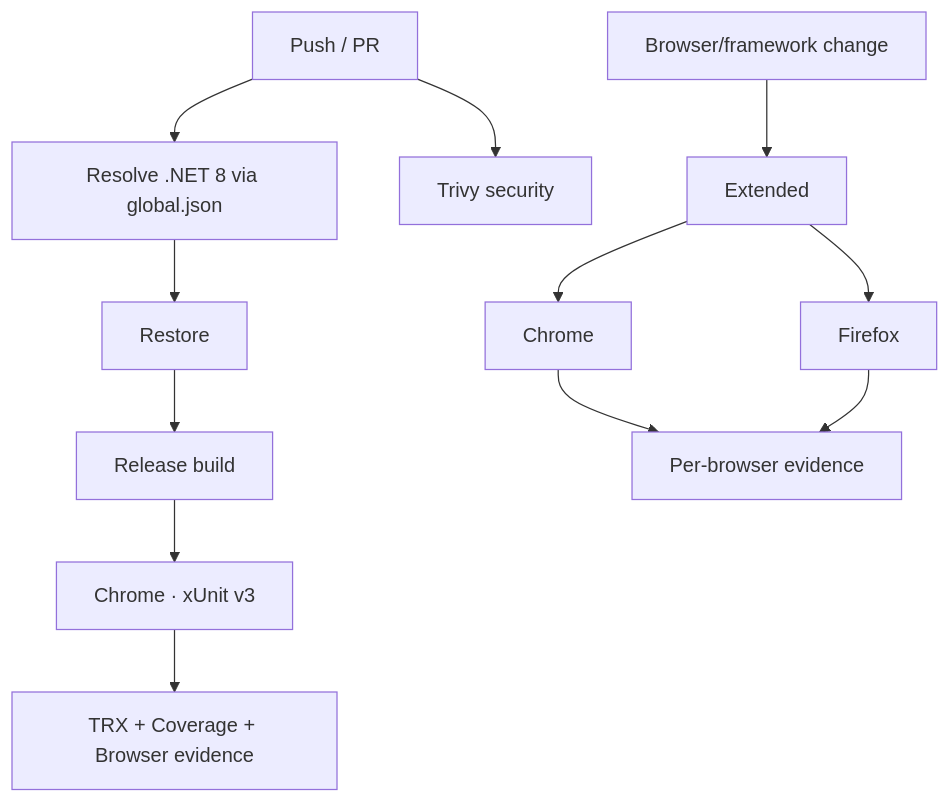
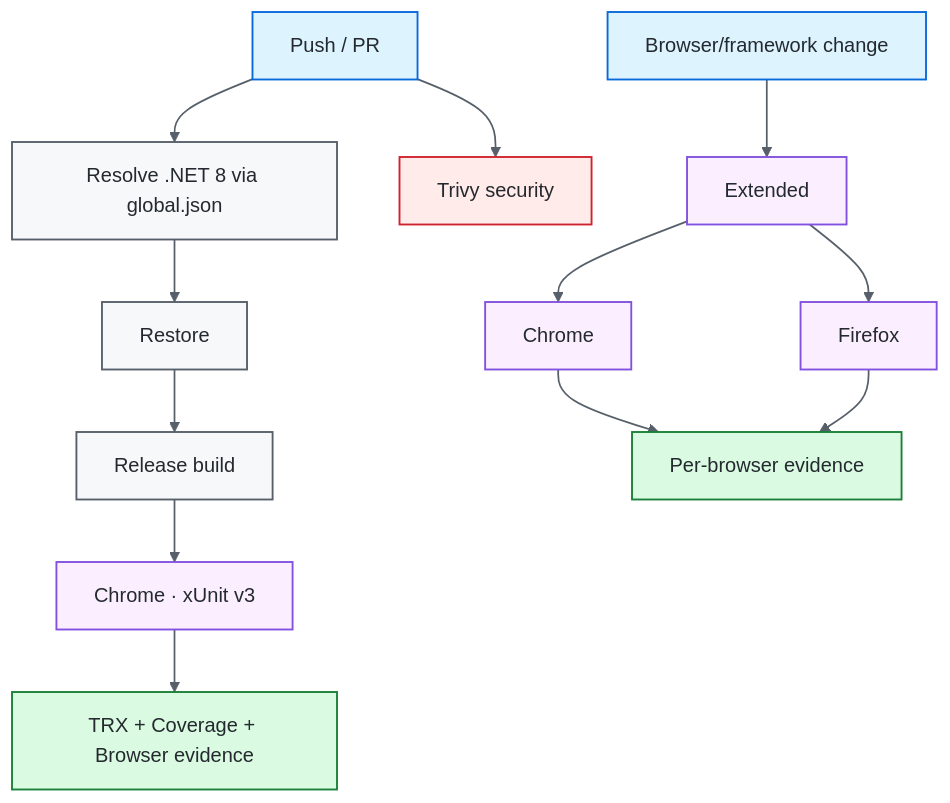
Before and after one commit to portyu9/qa-automation-dotnet-selenium: the third of 3 diagrams in README.md, drawn with Mermaid. The commit also changed other lines of this file, not shown here.

First line of the commit message:
Polish README badges and diagrams (#20)

````diff
--- a/README.md
+++ b/README.md
@@ -316,15 +334,27 @@
 ```mermaid
 flowchart TD
     PR[Push / PR] --> SDK[Resolve .NET 8 via global.json]
     SDK --> RESTORE[Restore]
     RESTORE --> BUILD[Release build]
     BUILD --> TEST[Chrome · xUnit v3]
     TEST --> TRX[TRX + Coverage + Browser evidence]
 
     PR --> SEC[Trivy security]
     BCHANGE[Browser/framework change] --> EXT[Extended]
     EXT --> CH[Chrome]
     EXT --> FF[Firefox]
     CH --> E[Per-browser evidence]
     FF --> E
+
+    classDef entry fill:#ddf4ff,stroke:#0969da,color:#24292f,stroke-width:1.5px;
+    classDef core fill:#f6f8fa,stroke:#57606a,color:#24292f,stroke-width:1.5px;
+    classDef gate fill:#fbefff,stroke:#8250df,color:#24292f,stroke-width:1.5px;
+    classDef evidence fill:#dafbe1,stroke:#1a7f37,color:#24292f,stroke-width:1.5px;
+    classDef security fill:#ffebe9,stroke:#cf222e,color:#24292f,stroke-width:1.5px;
+    class PR,BCHANGE entry;
+    class SDK,RESTORE,BUILD core;
+    class TEST,EXT,CH,FF gate;
+    class SEC security;
+    class TRX,E evidence;
+    linkStyle default stroke:#57606a,stroke-width:1.4px;
 ```
````
